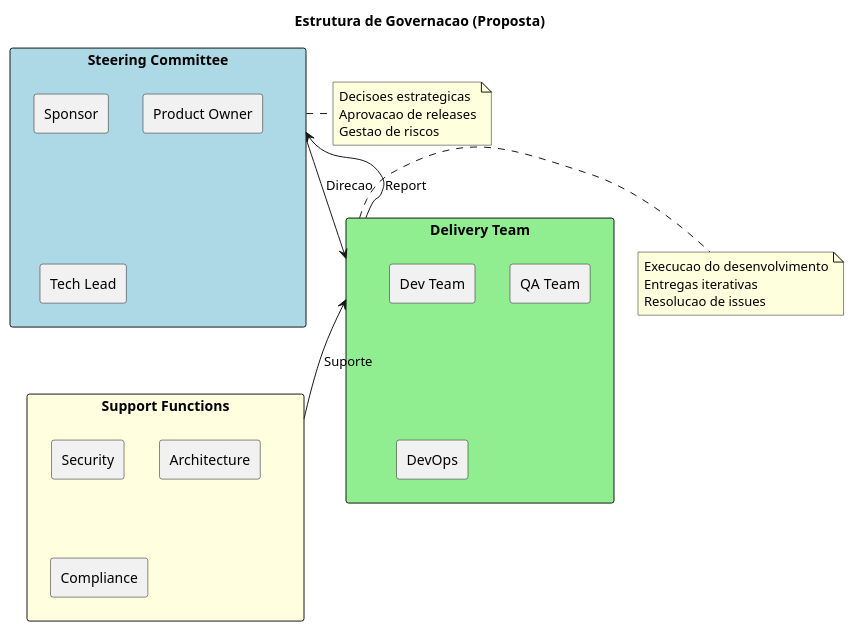
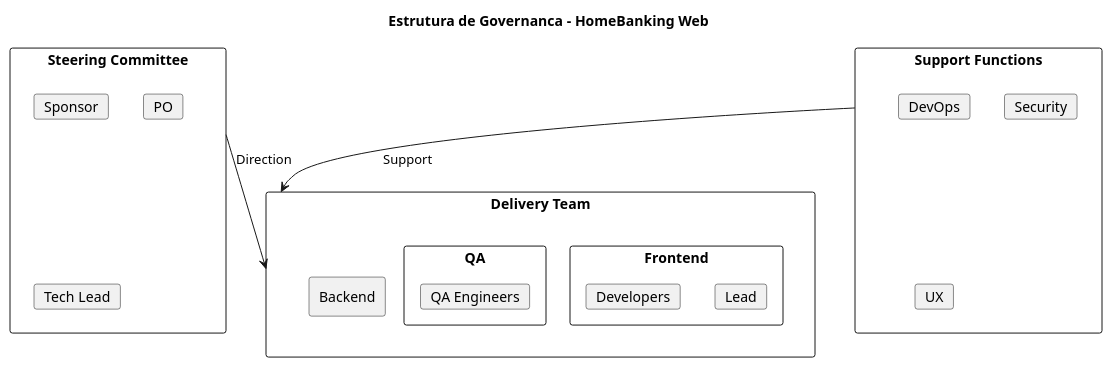
One commit to beduardo/novobanco_website_doc changed the first of 6 diagrams in current/sections/SEC-15-governacao-roadmap.md. Above: the diagram before and after it, drawn with PlantUML. The commit also changed other lines of this file and 17 other files, not shown here.

````diff
--- a/current/sections/SEC-15-governacao-roadmap.md
+++ b/current/sections/SEC-15-governacao-roadmap.md
@@ -46,42 +32,38 @@
 ```plantuml
 @startuml
 skinparam backgroundColor white
 
-title Estrutura de Governacao (Proposta)
+title Estrutura de Governanca - HomeBanking Web
 
-rectangle "Steering Committee" as SC #LightBlue {
-  rectangle "Sponsor" as SP
-  rectangle "Product Owner" as PO
-  rectangle "Tech Lead" as TL
+rectangle "Steering Committee" as steering {
+    card "Sponsor"
+    card "PO"
+    card "Tech Lead"
 }
 
-rectangle "Delivery Team" as DT #LightGreen {
-  rectangle "Dev Team" as DEV
-  rectangle "QA Team" as QA
-  rectangle "DevOps" as OPS
+rectangle "Delivery Team" as delivery {
+    rectangle "Frontend" as fe {
+        card "Lead"
+        card "Developers"
+    }
+    rectangle "Backend" as be {
+        card "Lead"
+        card "Developers"
+    }
+    rectangle "QA" as qa {
+        card "Lead"
+        card "QA Engineers"
+    }
 }
 
-rectangle "Support Functions" as SF #LightYellow {
-  rectangle "Security" as SEC
-  rectangle "Architecture" as ARCH
-  rectangle "Compliance" as COMP
+rectangle "Support Functions" as support {
+    card "DevOps"
+    card "Security"
+    card "UX"
 }
 
-SC --> DT : Direcao
-SF --> DT : Suporte
-DT --> SC : Report
-
-note right of SC
-  Decisoes estrategicas
-  Aprovacao de releases
-  Gestao de riscos
-end note
-
-note right of DT
-  Execucao do desenvolvimento
-  Entregas iterativas
-  Resolucao de issues
-end note
+steering --> delivery : Direction
+support --> delivery : Support
 
 @enduml
 ```
````
